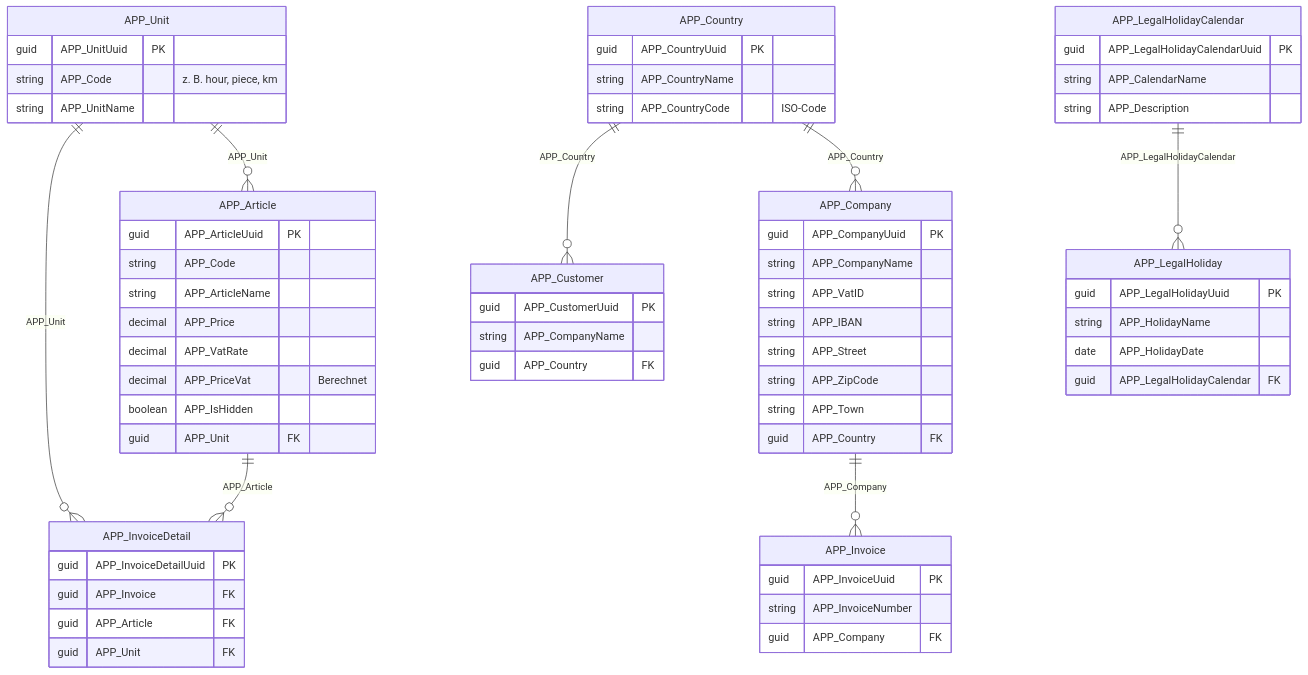
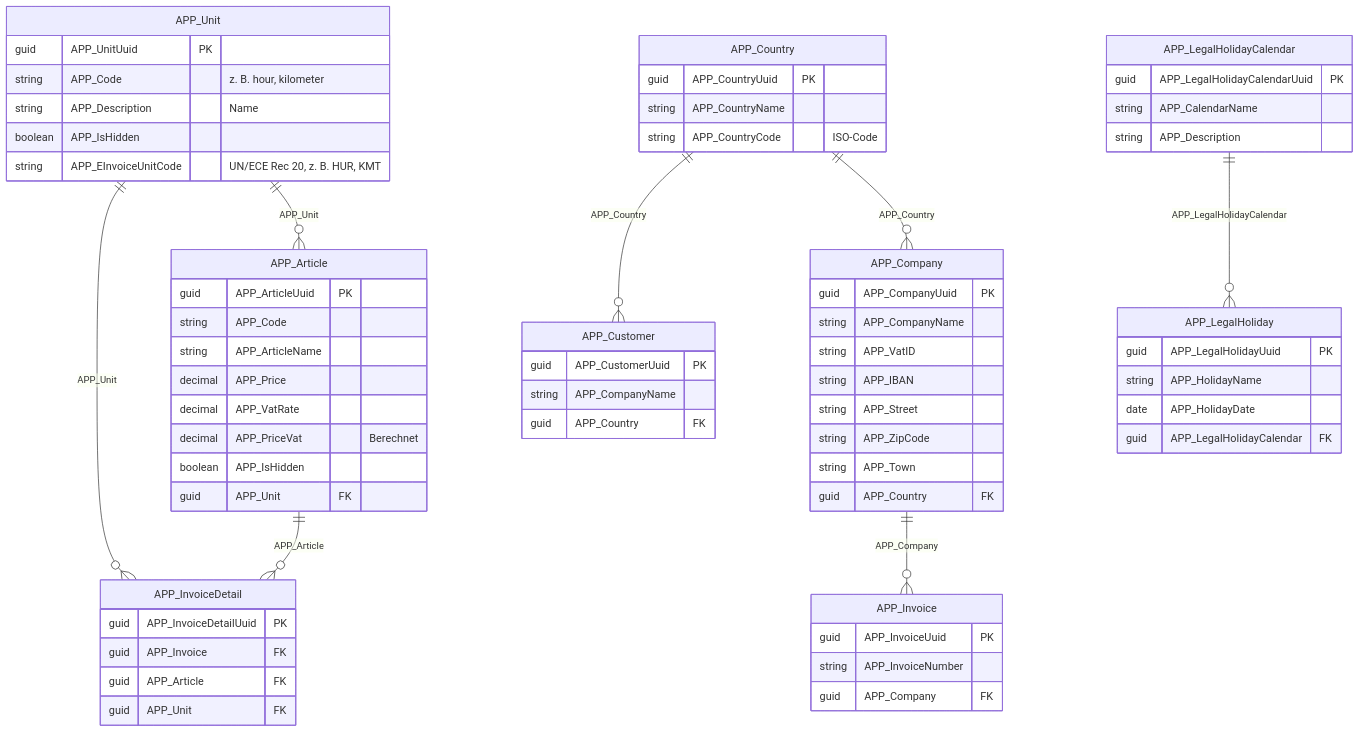
Before and after one commit to software-architects/time-cockpit-documentation: the fourth of 4 diagrams in de/doc/datenmodell/entitaetsbeziehungen.md, drawn with Mermaid. The commit also changed other lines of this file and 9 other files, not shown here.

````diff
--- a/de/doc/datenmodell/entitaetsbeziehungen.md
+++ b/de/doc/datenmodell/entitaetsbeziehungen.md
@@ -357,76 +359,78 @@
 ```mermaid
 erDiagram
     APP_Company ||--o{ APP_Invoice : "APP_Company"
     APP_Article ||--o{ APP_InvoiceDetail : "APP_Article"
     APP_Unit ||--o{ APP_InvoiceDetail : "APP_Unit"
     APP_Unit ||--o{ APP_Article : "APP_Unit"
     APP_Country ||--o{ APP_Customer : "APP_Country"
     APP_Country ||--o{ APP_Company : "APP_Country"
     APP_LegalHolidayCalendar ||--o{ APP_LegalHoliday : "APP_LegalHolidayCalendar"
     
     APP_Company {
         guid APP_CompanyUuid PK
         string APP_CompanyName
         string APP_VatID
         string APP_IBAN
         string APP_Street
         string APP_ZipCode
         string APP_Town
         guid APP_Country FK
     }
     
     APP_Article {
         guid APP_ArticleUuid PK
         string APP_Code
         string APP_ArticleName
         decimal APP_Price
         decimal APP_VatRate
         decimal APP_PriceVat "Berechnet"
         boolean APP_IsHidden
         guid APP_Unit FK
     }
     
     APP_Unit {
         guid APP_UnitUuid PK
-        string APP_Code "z. B. hour, piece, km"
-        string APP_UnitName
+        string APP_Code "z. B. hour, kilometer"
+        string APP_Description "Name"
+        boolean APP_IsHidden
+        string APP_EInvoiceUnitCode "UN/ECE Rec 20, z. B. HUR, KMT"
     }
     
     APP_Country {
         guid APP_CountryUuid PK
         string APP_CountryName
         string APP_CountryCode "ISO-Code"
     }
     
     APP_LegalHolidayCalendar {
         guid APP_LegalHolidayCalendarUuid PK
         string APP_CalendarName
         string APP_Description
     }
     
     APP_LegalHoliday {
         guid APP_LegalHolidayUuid PK
         string APP_HolidayName
         date APP_HolidayDate
         guid APP_LegalHolidayCalendar FK
     }
 
     APP_Customer {
         guid APP_CustomerUuid PK
         string APP_CompanyName
         guid APP_Country FK
     }
 
     APP_Invoice {
         guid APP_InvoiceUuid PK
         string APP_InvoiceNumber
         guid APP_Company FK
     }
 
     APP_InvoiceDetail {
         guid APP_InvoiceDetailUuid PK
         guid APP_Invoice FK
         guid APP_Article FK
         guid APP_Unit FK
     }
 ```
````
